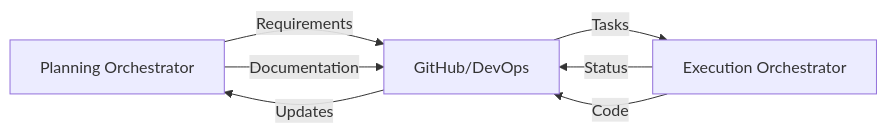
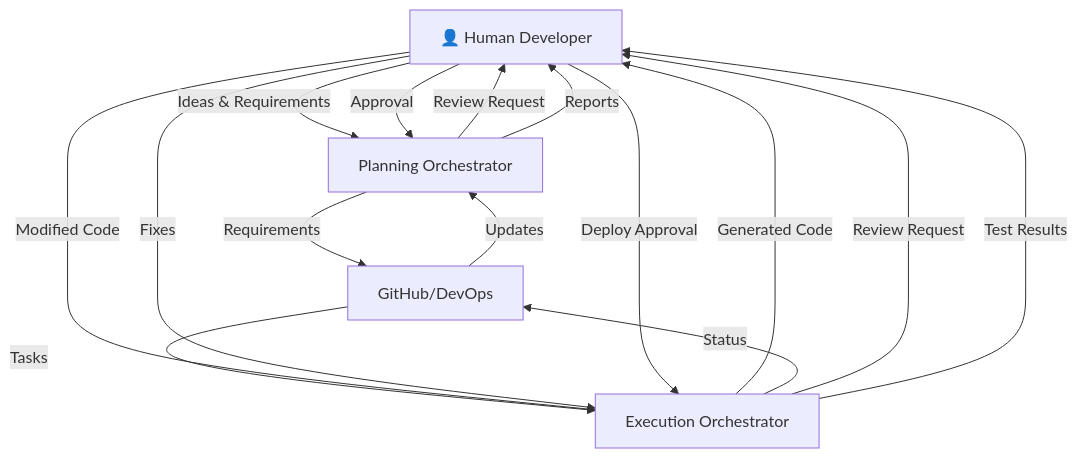
Before and after one commit to Sjoerd-Bo3/copilot-orchestra: the diagram in IdeaOutline.md, drawn with Mermaid. The commit also changed other lines of this file, not shown here.

Commit message:
Docs: Enhance Idea Outline with detailed human interaction points and workflows

````diff
--- a/IdeaOutline.md
+++ b/IdeaOutline.md
@@ -152,9 +180,28 @@
 ```mermaid
-graph LR
-    P[Planning Orchestrator] -->|Requirements| G[GitHub/DevOps]
-    G -->|Tasks| E[Execution Orchestrator]
+graph TB
+    H[👤 Human Developer]
+    P[Planning Orchestrator]
+    E[Execution Orchestrator]
+    G[GitHub/DevOps]
+    
+    H -->|Ideas & Requirements| P
+    P -->|Review Request| H
+    H -->|Approval| P
+    
+    P -->|Requirements| G
+    G -->|Tasks| E
+    
+    E -->|Generated Code| H
+    H -->|Modified Code| E
+    
     E -->|Status| G
     G -->|Updates| P
-    P -->|Documentation| G
-    E -->|Code| G
+    
+    E -->|Review Request| H
+    H -->|Fixes| E
+    
+    H -->|Deploy Approval| E
+    
+    P -->|Reports| H
+    E -->|Test Results| H
 ```
````
